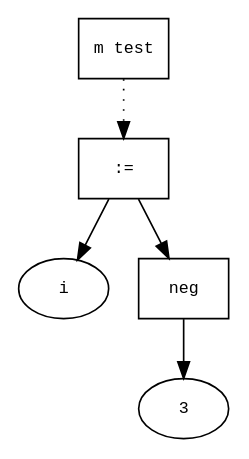
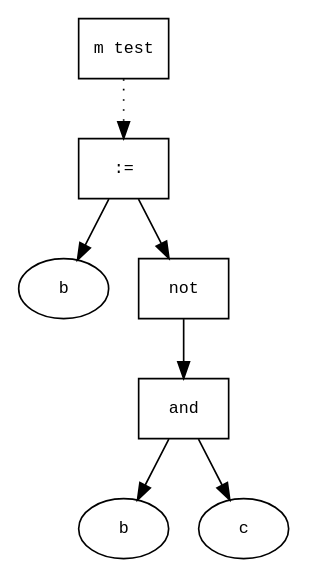
One commit to amoretspero/snuplc changed the diagram in test01.mod.ast.dot. Above: the diagram before and after it, drawn with Graphviz. The commit also changed 8 other files, not shown here.

```diff
--- a/test01.mod.ast.dot
+++ b/test01.mod.ast.dot
@@ -1,15 +1,19 @@
 digraph AST {
   graph [fontname="Times New Roman",fontsize=10];
   node  [fontname="Courier New",fontsize=10];
   edge  [fontname="Times New Roman",fontsize=10];
 
   node0 [label="m test",shape=box];
-  node7 [label=":=",shape=box];
-  node4 [label="i",shape=ellipse];
-  node7->node4;
-  node6 [label="neg",shape=box];
-  node5 [label="3",shape=ellipse];
-  node6->node5;
-  node7->node6;
-  node0 -> node7 [style=dotted];
+  node11 [label=":=",shape=box];
+  node6 [label="b",shape=ellipse];
+  node11->node6;
+  node10 [label="not",shape=box];
+  node9 [label="and",shape=box];
+  node7 [label="b",shape=ellipse];
+  node9->node7;
+  node8 [label="c",shape=ellipse];
+  node9->node8;
+  node10->node9;
+  node11->node10;
+  node0 -> node11 [style=dotted];
 }
```
